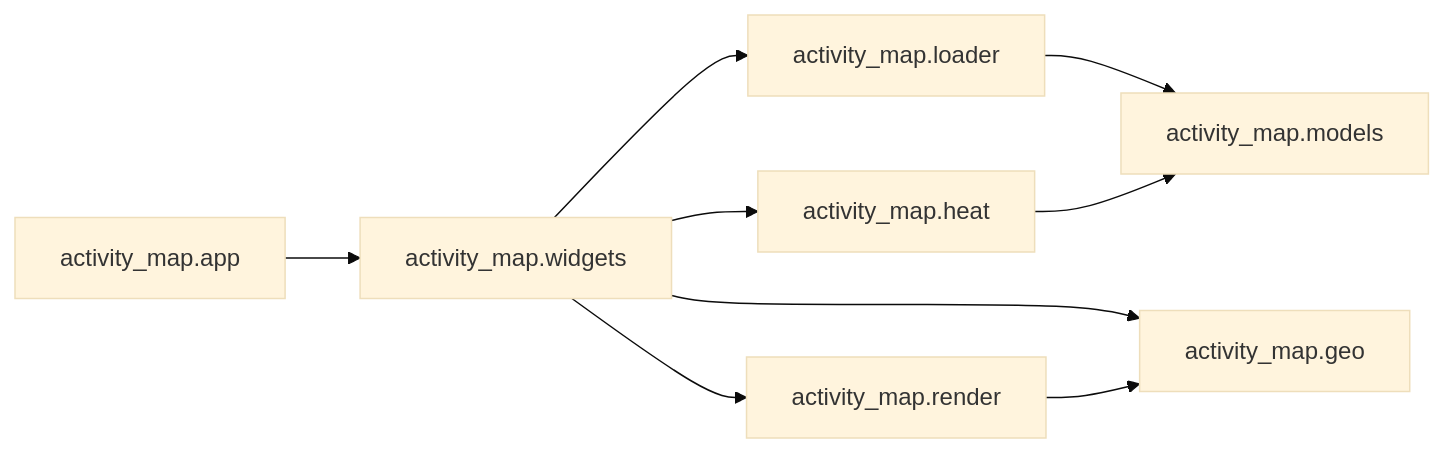
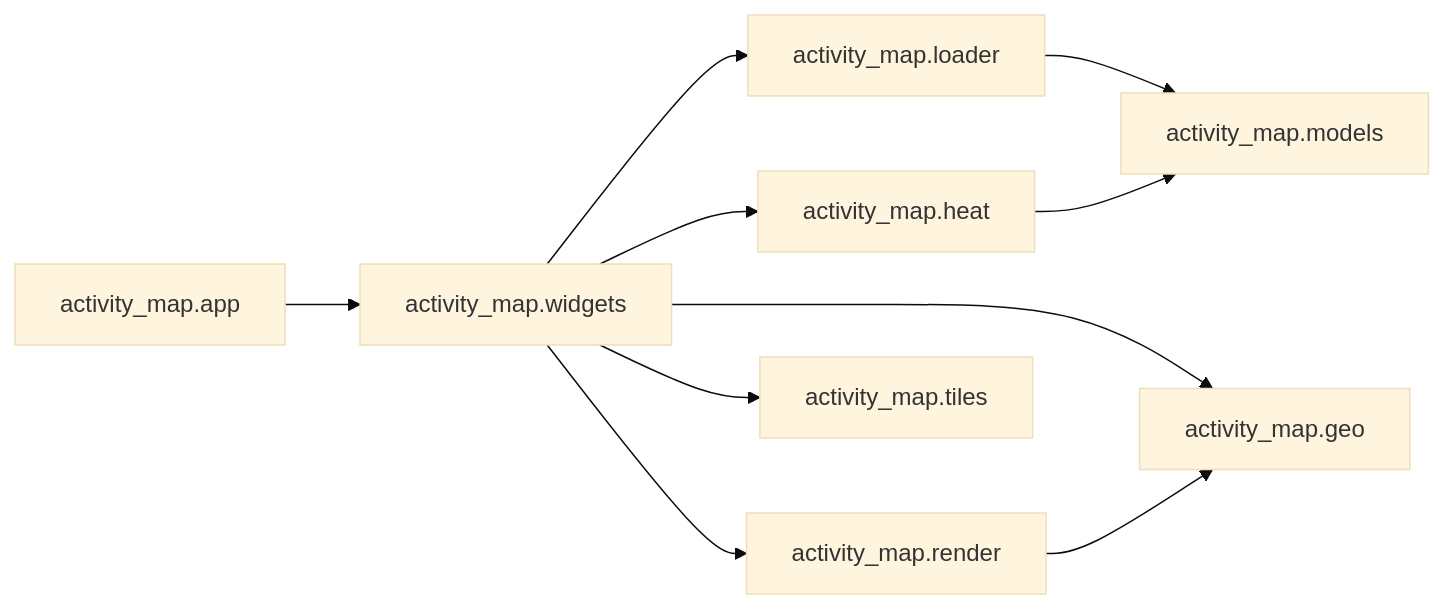
The third of 4 diagrams in documents/architecture.md (marcelpetrick/GarminActivityMap), drawn with Mermaid (base theme) before and after one commit. The commit also changed other lines of this file and 10 other files, not shown here.

````diff
--- a/documents/architecture.md
+++ b/documents/architecture.md
@@ -48,19 +49,21 @@
 ```mermaid
 flowchart LR
   loader[activity_map.loader]
   models[activity_map.models]
   geo[activity_map.geo]
   heat[activity_map.heat]
   render[activity_map.render]
+  tiles[activity_map.tiles]
   widgets[activity_map.widgets]
   app[activity_map.app]
 
   app --> widgets
   widgets --> loader
   loader --> models
   widgets --> geo
   widgets --> heat
   widgets --> render
+  widgets --> tiles
   render --> geo
   heat --> models
 ```
````
